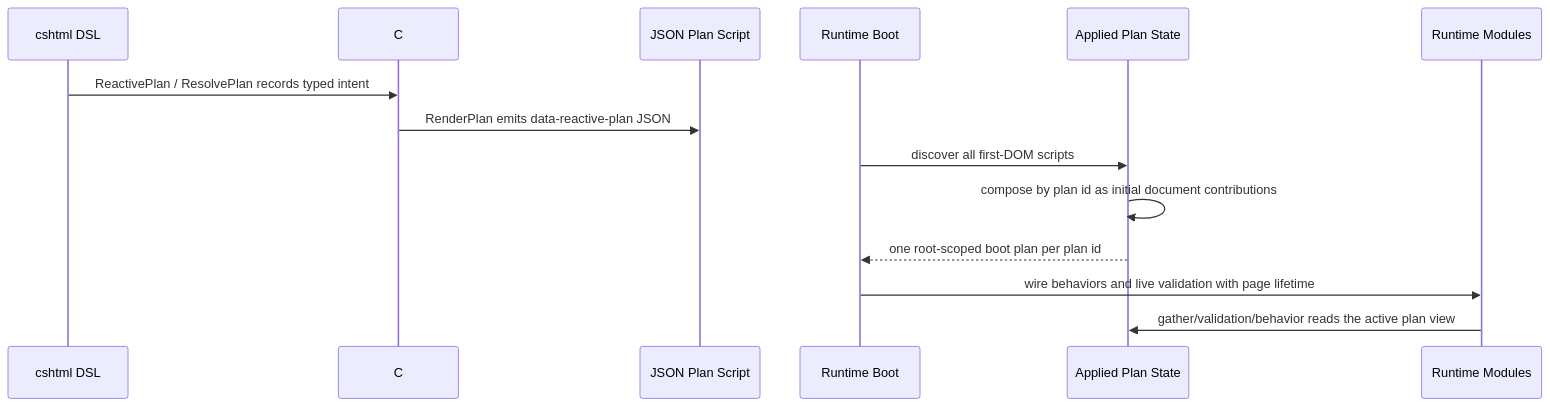
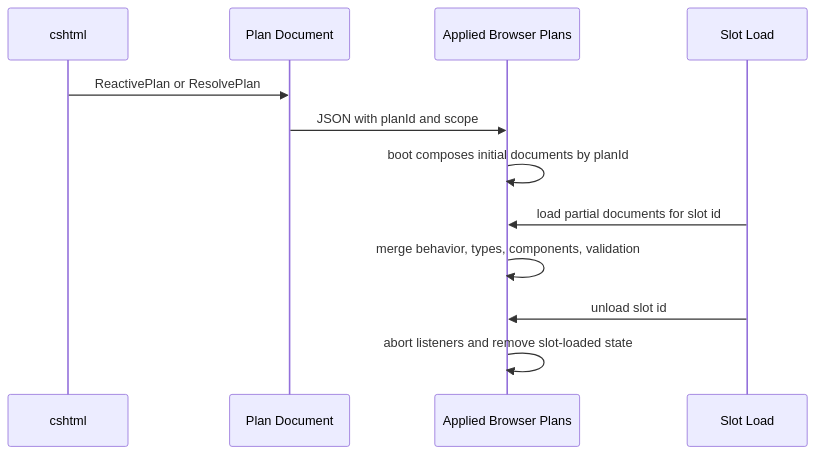
One commit to marafiq/alis-reactive changed the second of 2 diagrams in docs/reactive-plan-domain-language.md. Above: the diagram before and after it, drawn with Mermaid. The commit also changed other lines of this file and 3 other files, not shown here.

Commit message:
Add source DSL graph design gate

````diff
--- a/docs/reactive-plan-domain-language.md
+++ b/docs/reactive-plan-domain-language.md
@@ -346,17 +102,15 @@
 ```mermaid
 sequenceDiagram
-    participant View as cshtml DSL
-    participant Plan as C# Plan Domain
-    participant Script as JSON Plan Script
-    participant Boot as Runtime Boot
-    participant AppliedPlans as Applied Plan State
-    participant Runtime as Runtime Modules
+    participant View as cshtml
+    participant Domain as Plan Document
+    participant Runtime as Applied Browser Plans
+    participant Slot as Slot Load
 
-    View->>Plan: ReactivePlan / ResolvePlan records typed intent
-    Plan->>Script: RenderPlan emits data-reactive-plan JSON
-    Boot->>AppliedPlans: discover all first-DOM scripts
-    AppliedPlans->>AppliedPlans: compose by plan id as initial document contributions
-    AppliedPlans-->>Boot: one root-scoped boot plan per plan id
-    Boot->>Runtime: wire behaviors and live validation with page lifetime
-    Runtime->>AppliedPlans: gather/validation/behavior reads the active plan view
+    View->>Domain: ReactivePlan or ResolvePlan
+    Domain->>Runtime: JSON with planId and scope
+    Runtime->>Runtime: boot composes initial documents by planId
+    Slot->>Runtime: load partial documents for slot id
+    Runtime->>Runtime: merge behavior, types, components, validation
+    Slot->>Runtime: unload slot id
+    Runtime->>Runtime: abort listeners and remove slot-loaded state
 ```
````
